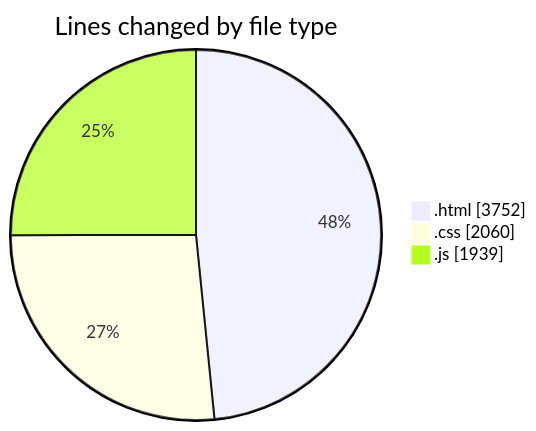
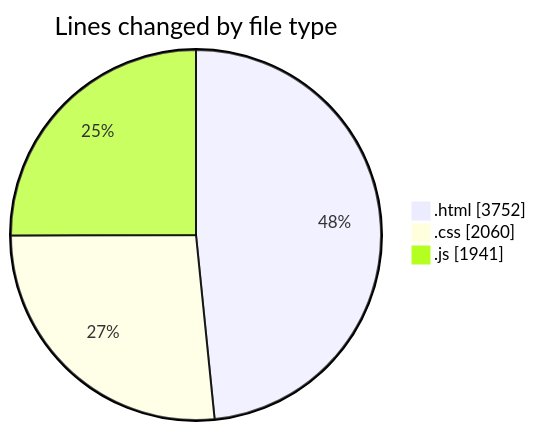
The first of 2 diagrams in 2025-05-24/projects/README.md (Ritupan-Deka/code-tracking), drawn with Mermaid before and after one commit. The commit also changed other lines of this file and 1 other file, not shown here.

````diff
--- a/2025-05-24/projects/README.md
+++ b/2025-05-24/projects/README.md
@@ -25,7 +25,7 @@
 ```mermaid
 pie showData
 title Lines changed by file type
 ".html" : 3752
 ".css" : 2060
-".js" : 1939
+".js" : 1941
 ```
````
